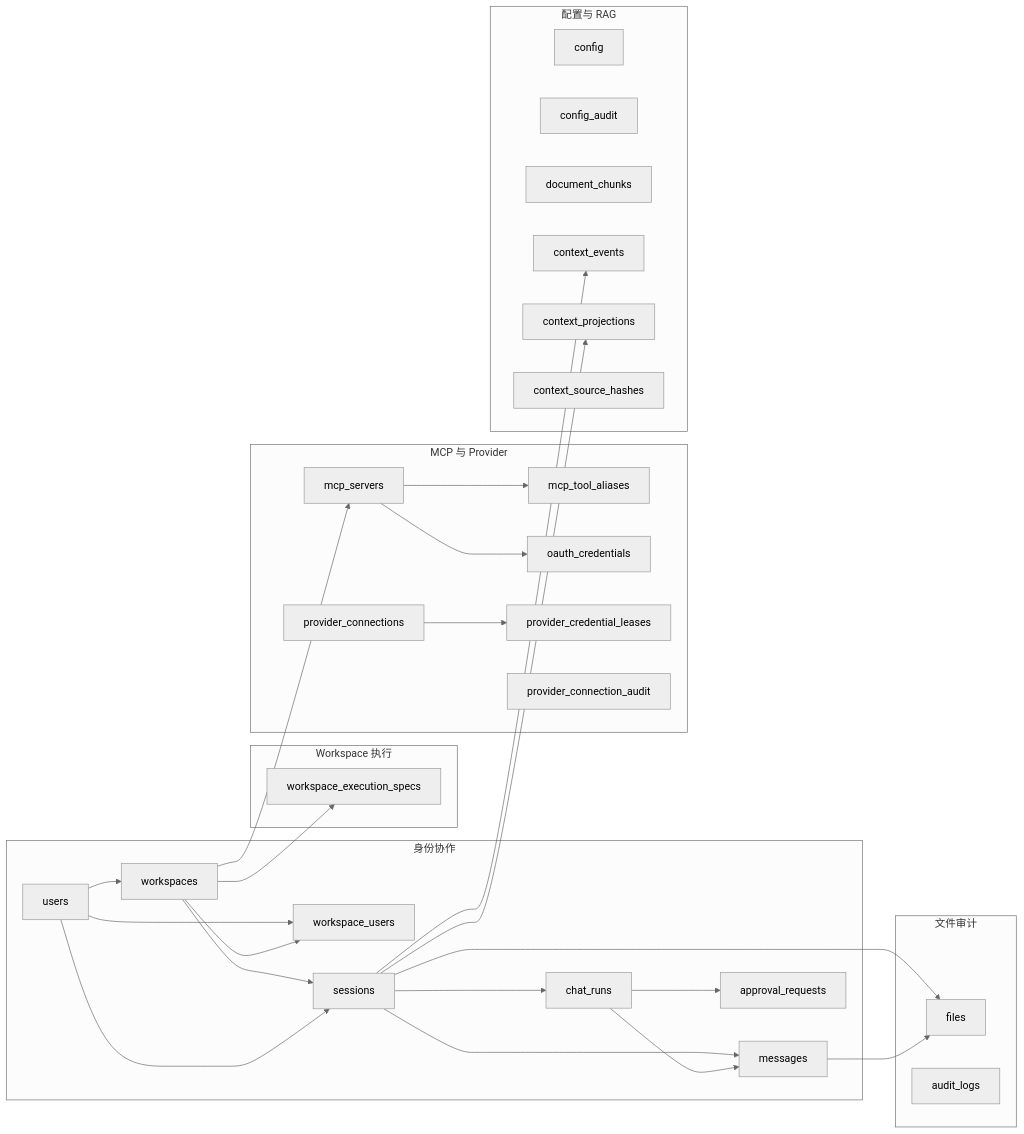
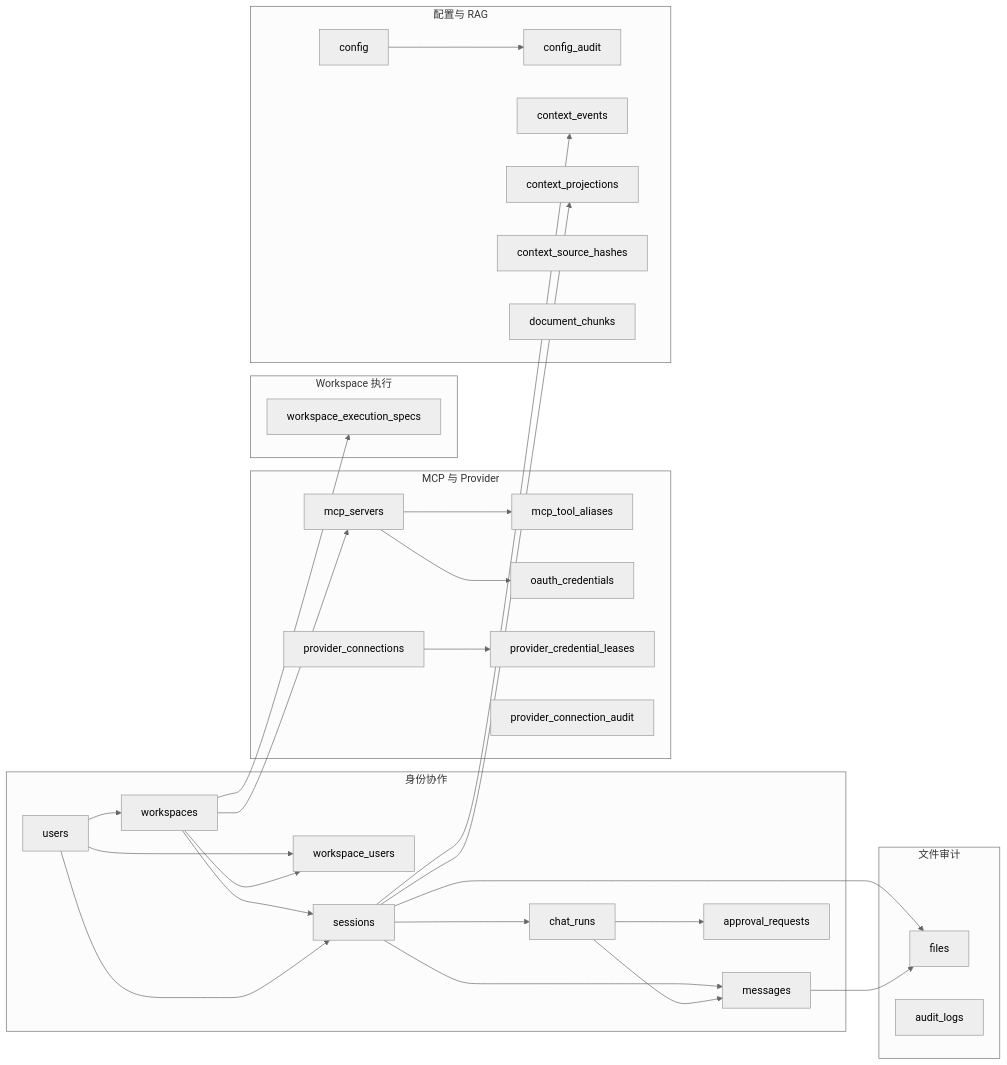
Before and after one commit to cc01cc/xihe-project: the diagram in docs/i18n/zh-Hans/DEV-019-database-schema.md, drawn with Mermaid. The commit also changed other lines of this file, not shown here.

First line of the commit message:
docs(database): normalize schema reference

````diff
--- a/docs/i18n/zh-Hans/DEV-019-database-schema.md
+++ b/docs/i18n/zh-Hans/DEV-019-database-schema.md
@@ -46,54 +47,65 @@
 ```mermaid
 %%{init: {'theme': 'neutral'}}%%
 flowchart LR
-    subgraph ID[身份协作]
+    subgraph ID["身份协作"]
         USERS["users"]
         WORKSPACES["workspaces"]
         WU["workspace_users"]
         SESSIONS["sessions"]
         MESSAGES["messages"]
         RUNS["chat_runs"]
         APPROVAL["approval_requests"]
     end
-    subgraph WS[Workspace 执行]
+    subgraph WS["Workspace 执行"]
         EXECSPECS["workspace_execution_specs"]
     end
-    subgraph MCP[MCP 与 Provider]
+    subgraph MCP["MCP 与 Provider"]
         MCPSRV["mcp_servers"]
         ALIAS["mcp_tool_aliases"]
         OAUTH["oauth_credentials"]
         PROV["provider_connections"]
         LEASE["provider_credential_leases"]
         PROVAUDIT["provider_connection_audit"]
     end
-    subgraph CFG[配置与 RAG]
+    subgraph CFG["配置与 RAG"]
         CONFIG["config"]
         CONFIGAUDIT["config_audit"]
-        CHUNKS["document_chunks"]
         CTXEVT["context_events"]
         CTXPROJ["context_projections"]
         CTXHASH["context_source_hashes"]
+        CHUNKS["document_chunks"]
     end
-    subgraph FILE[文件审计]
+    subgraph FILE["文件审计"]
         FILES["files"]
         AUDIT["audit_logs"]
     end
+
+    %% ID 内部主链
     USERS --> WORKSPACES
     USERS --> WU
     WORKSPACES --> WU
     WORKSPACES --> SESSIONS
     USERS --> SESSIONS
     SESSIONS --> MESSAGES
     SESSIONS --> RUNS
     RUNS --> MESSAGES
     RUNS --> APPROVAL
+
+    %% ID → WS
     WORKSPACES --> EXECSPECS
+
+    %% ID → MCP 与 MCP 内部
     WORKSPACES --> MCPSRV
     MCPSRV --> ALIAS
     MCPSRV --> OAUTH
+    PROV --> LEASE
+
+    %% ID → CFG 与 CFG 内部
     SESSIONS --> CTXEVT
     SESSIONS --> CTXPROJ
+    CONFIG --> CONFIGAUDIT
+
+    %% ID → FILE
     SESSIONS --> FILES
     MESSAGES --> FILES
-    PROV --> LEASE
 ```
````
